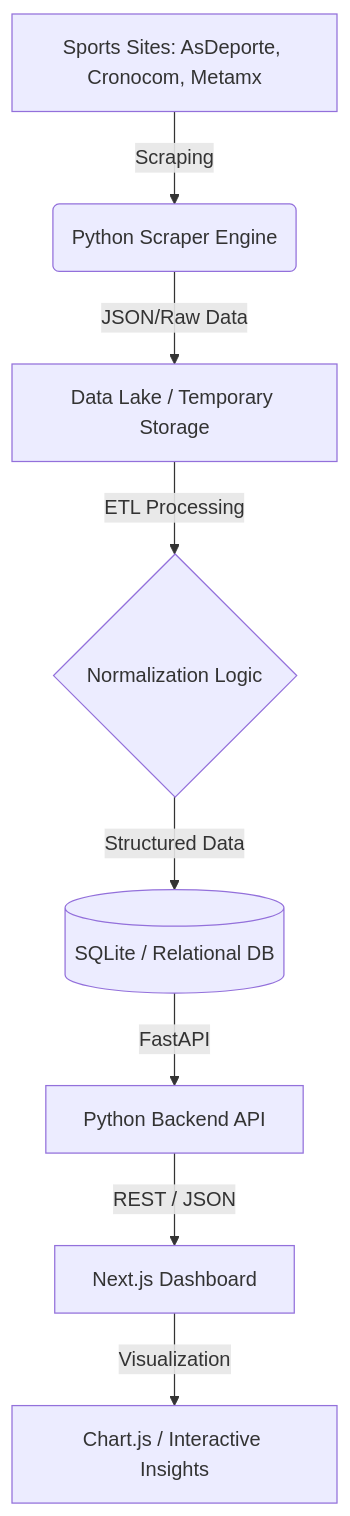
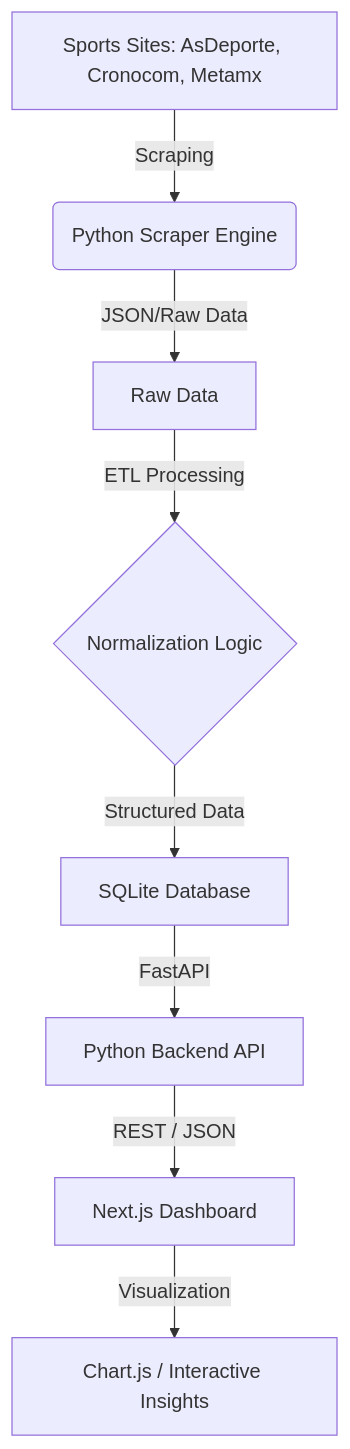
One commit to jsnjuan/sports_scraper changed the diagram in README.md. Above: the diagram before and after it, drawn with Mermaid. The commit also changed other lines of this file, not shown here.

````diff
--- a/README.md
+++ b/README.md
@@ -24,10 +24,10 @@
 ```mermaid
 graph TD
     A[Sports Sites: AsDeporte, Cronocom, Metamx] -->|Scraping| B(Python Scraper Engine)
-    B -->|JSON/Raw Data| C[Data Lake / Temporary Storage]
+    B -->|JSON/Raw Data| C[Raw Data]
     C -->|ETL Processing| D{Normalization Logic}
-    D -->|Structured Data| E[(SQLite / Relational DB)]
+    D -->|Structured Data| E[SQLite Database]
     E -->|FastAPI| F[Python Backend API]
     F -->|REST / JSON| G[Next.js Dashboard]
     G -->|Visualization| H[Chart.js / Interactive Insights]
 ```
````
